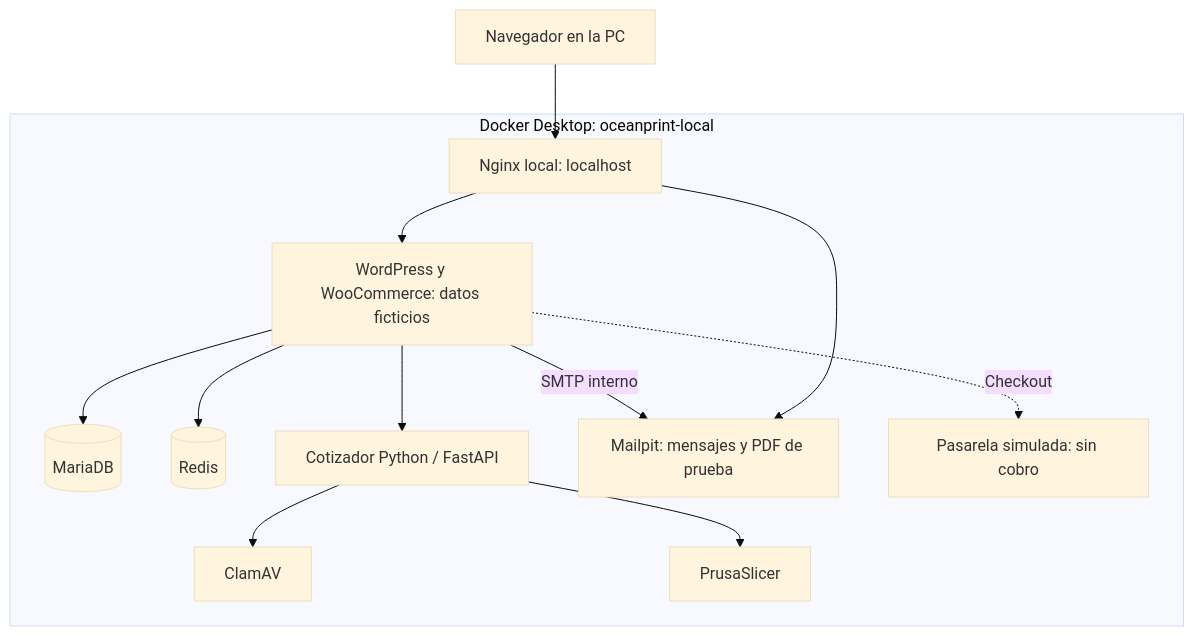
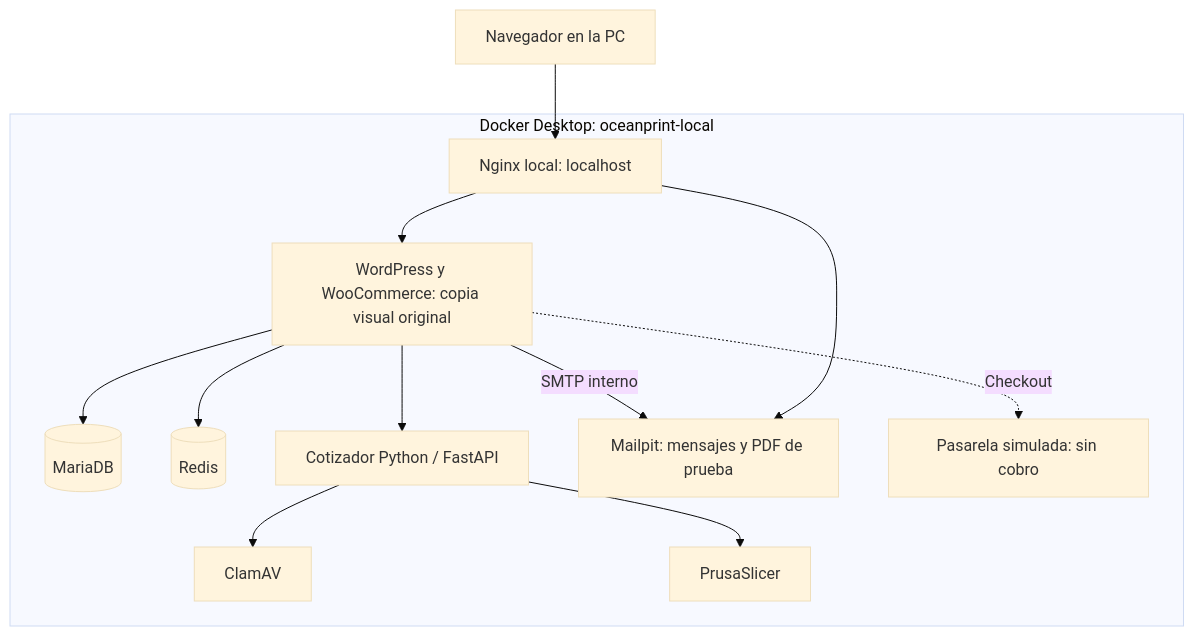
One commit to Eliasxgg/caso-ecommerce-3d changed the third of 3 diagrams in README.md. Above: the diagram before and after it, drawn with Mermaid (base theme). The commit also changed other lines of this file and 15 other files, not shown here.

````diff
--- a/README.md
+++ b/README.md
@@ -105,15 +105,15 @@
 ```mermaid
 flowchart TD
     PC["Navegador en la PC"] --> WEB["Nginx local: localhost"]
     subgraph DOCKER["Docker Desktop: oceanprint-local"]
-      WEB --> WP["WordPress y WooCommerce: datos ficticios"]
+      WEB --> WP["WordPress y WooCommerce: copia visual original"]
       WP --> DB[(MariaDB)]
       WP --> CACHE[(Redis)]
       WP --> API["Cotizador Python / FastAPI"]
       API --> AV["ClamAV"]
       API --> SLICE["PrusaSlicer"]
       WP -->|SMTP interno| MAIL["Mailpit: mensajes y PDF de prueba"]
       WP -. "Checkout" .-> PAGO["Pasarela simulada: sin cobro"]
       WEB --> MAIL
     end
 ```
````
